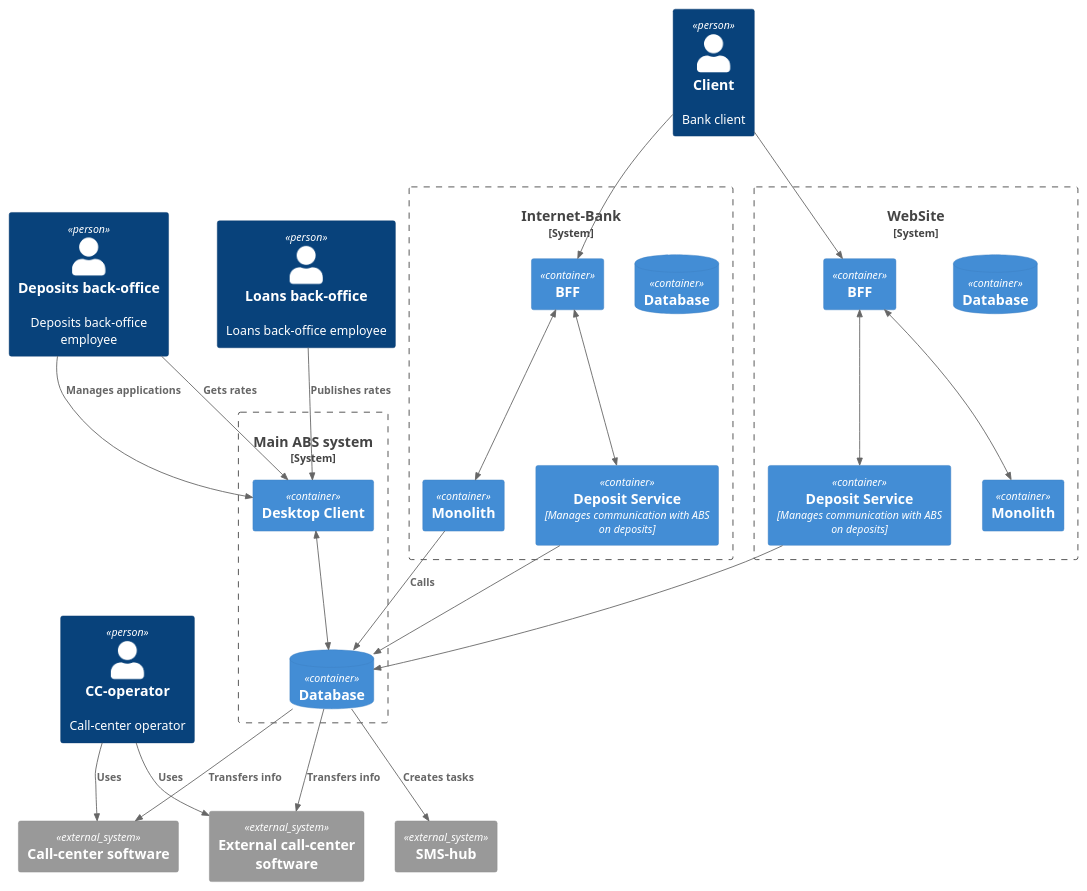
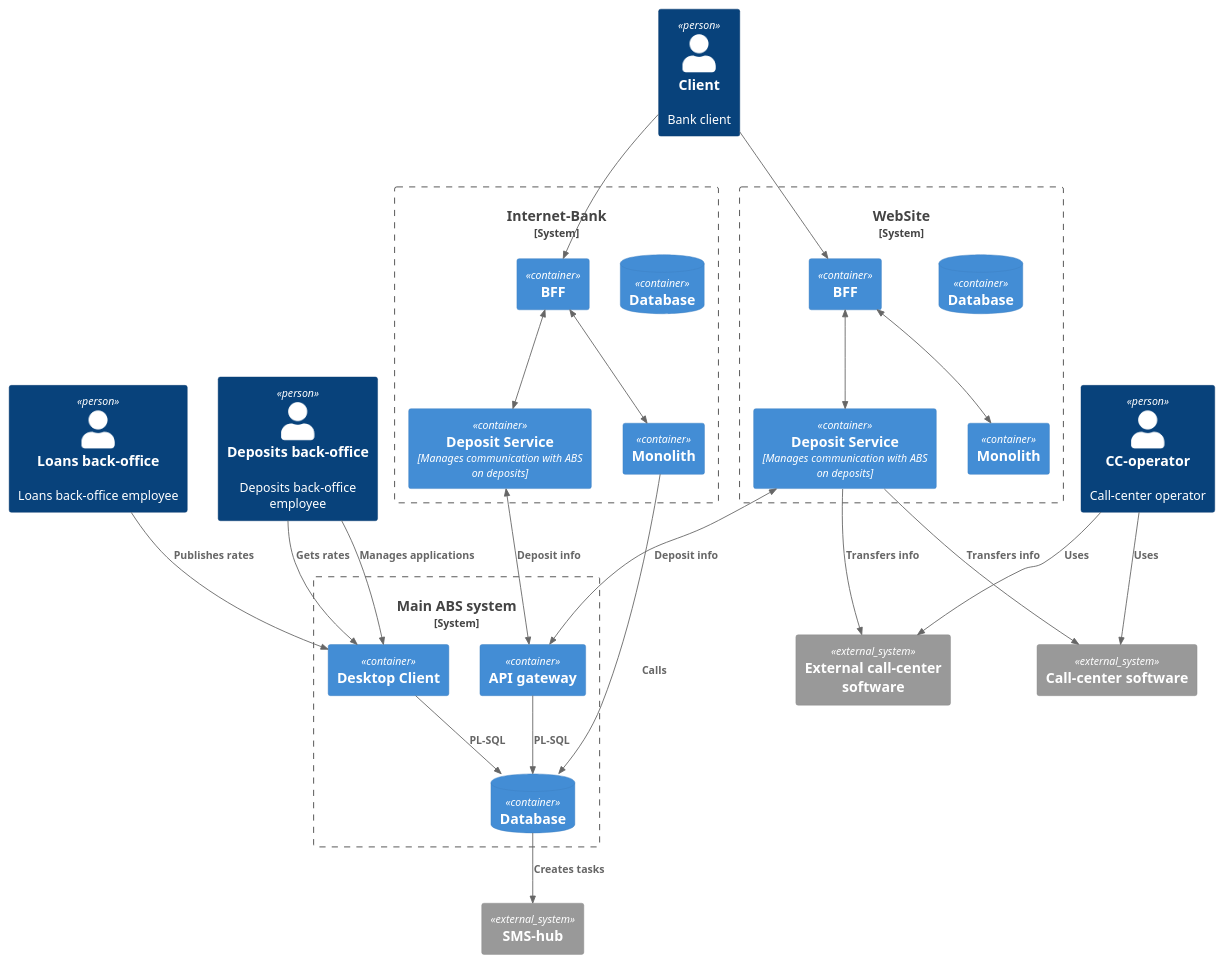
Before and after one commit to ISamburskiy/architecture-standart: the diagram in Task3/Container.puml, drawn with PlantUML.

```diff
--- a/Task3/Container.puml
+++ b/Task3/Container.puml
@@ -1,58 +1,62 @@
 @startuml container_dia
 !includeurl https://raw.githubusercontent.com/RicardoNiepel/C4-PlantUML/master/C4_Container.puml
 
 Person(Client, "Client", "Bank client")
 Person(CC, "CC-operator", "Call-center operator")
 Person(loanBO, "Loans back-office", "Loans back-office employee")
 Person(depositBO, "Deposits back-office", "Deposits back-office employee")
 
 
 System_Boundary(IB, "Internet-Bank") {
   Container(monolith, "Monolith", "")
   Container(IBdepositService, "Deposit Service", "Manages communication with ABS on deposits")
   ContainerDb(IBDB, "Database", "")
   Container(BFF, "BFF", "")
 }
 
 System_Boundary(site, "WebSite") {
   Container(siteDepositService, "Deposit Service", "Manages communication with ABS on deposits")
   Container(siteMonolith, "Monolith", "")
   ContainerDb(siteDB, "Database", "")
   Container(siteBFF, "BFF", "")
 }
 
 System_Boundary(ABS, "Main ABS system") {
  Container(ABSdesktop, "Desktop Client", "")
+ Container(ABSgateway, "API gateway", "")
  ContainerDb(ABSDB, "Database", "")
 }
 
 
 System_Ext(CCSW, "Call-center software")
 System_Ext(CCSWext, "External call-center software")
 System_Ext(sms, "SMS-hub")
 '''
 Rel(Client, siteBFF, "")
 Rel(Client, BFF, "")
 '''
 Rel(loanBO, ABSdesktop, "Publishes rates")
 Rel(depositBO, ABSdesktop, "Gets rates")
 Rel(depositBO, ABSdesktop, "Manages applications")
 '''
 Rel(CC, CCSW, "Uses")
 Rel(CC, CCSWext, "Uses")
 '''
 Rel(ABSDB, sms, "Creates tasks")
-Rel(ABSDB, CCSW, "Transfers info")
-Rel(ABSDB, CCSWext, "Transfers info")
+Rel(siteDepositService, CCSW, "Transfers info")
+Rel(siteDepositService, CCSWext, "Transfers info")
 '''
 Rel(monolith, ABSDB, "Calls", "")
-Rel(IBdepositService, ABSDB, "")
-Rel(siteDepositService, ABSDB, "")
+BiRel(IBdepositService, ABSgateway, "Deposit info")
+BiRel(siteDepositService, ABSgateway, "Deposit info")
 '''
 BiRel(siteBFF, siteDepositService, "")
 BiRel(siteBFF, siteMonolith, "")
 BiRel(BFF, IBdepositService, "")
 BiRel(BFF, monolith, "")
-BiRel(ABSdesktop, ABSDB, "")
+Rel(ABSdesktop, ABSDB, "PL-SQL")
+Rel(ABSgateway, ABSDB,  "PL-SQL")
+
+depositBO--[hidden]left--ABSdesktop
 
 @enduml 
```
